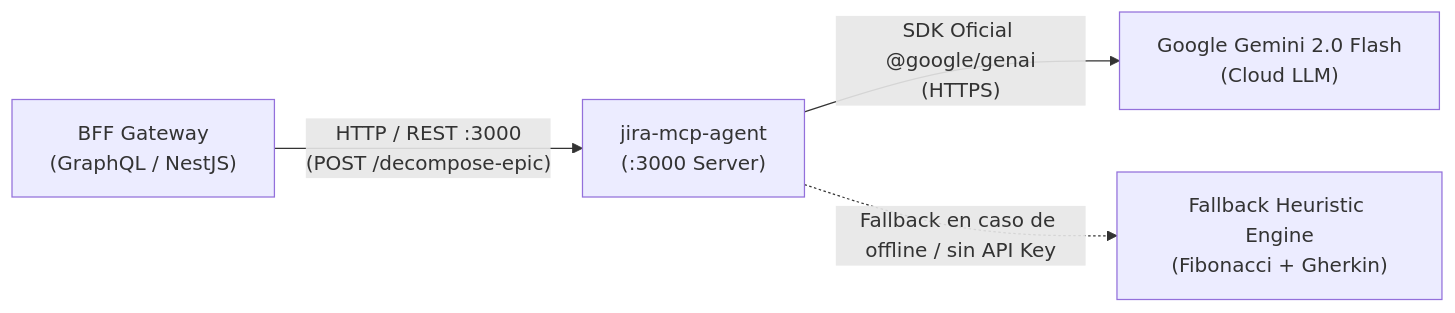
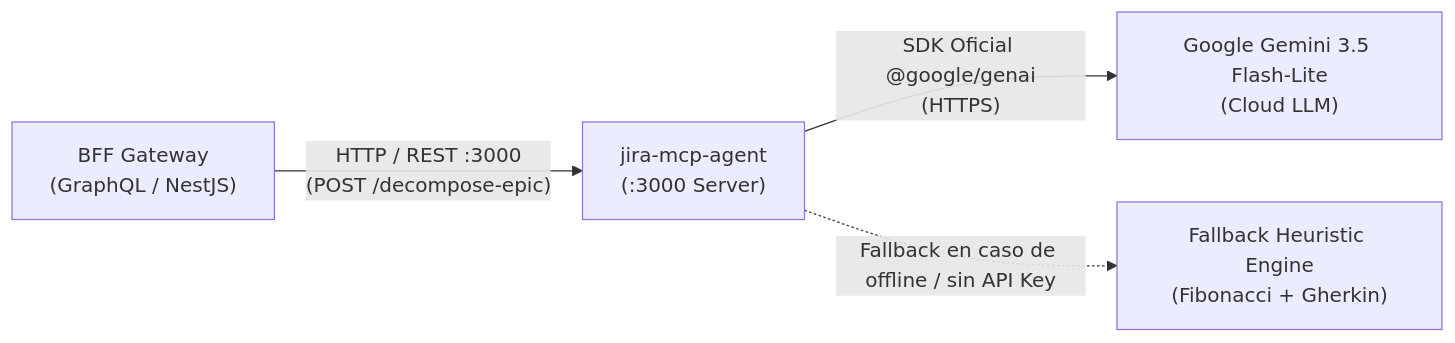
Before and after one commit to ElMatsiii/jira-mcp-agent: the diagram in README.md, drawn with Mermaid. The commit also changed other lines of this file and 8 other files, not shown here.

Commit message:
fix(mcp): usa modelo Gemini vigente y registra el motivo de cada fallback

````diff
--- a/README.md
+++ b/README.md
@@ -15,7 +15,7 @@
 ```mermaid
 flowchart LR
     BFF["BFF Gateway\n(GraphQL / NestJS)"] -->|"HTTP / REST :3000\n(POST /decompose-epic)"| MCP["jira-mcp-agent\n(:3000 Server)"]
     
-    MCP -->|"SDK Oficial @google/genai\n(HTTPS)"| GEMINI["Google Gemini 2.0 Flash\n(Cloud LLM)"]
+    MCP -->|"SDK Oficial @google/genai\n(HTTPS)"| GEMINI["Google Gemini 3.5 Flash-Lite\n(Cloud LLM)"]
     MCP -.->|"Fallback en caso de offline / sin API Key"| FB["Fallback Heuristic Engine\n(Fibonacci + Gherkin)"]
 ```
````
